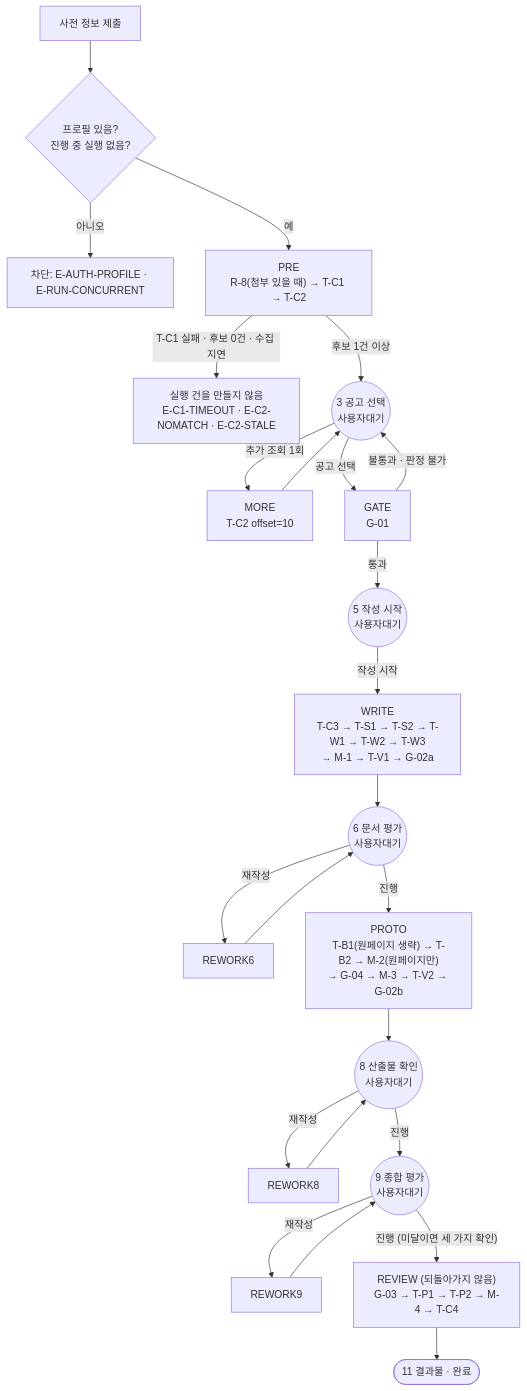
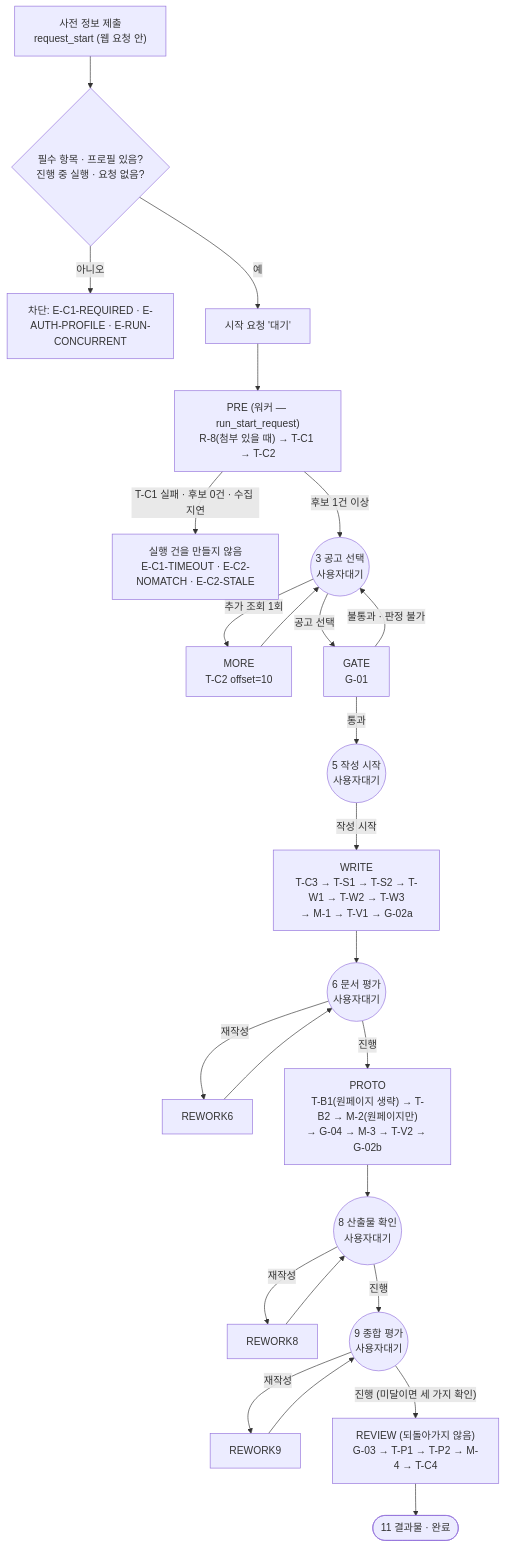
One commit to SKNETWORKS-FAMILY-AICAMP/SKN32-FINAL-1TEAM changed the first of 2 diagrams in agent-orchestration/docs/Orchestrator_구조와_흐름.md. Above: the diagram before and after it, drawn with Mermaid. The commit also changed other lines of this file and 61 other files, not shown here.

````diff
--- a/agent-orchestration/docs/Orchestrator_구조와_흐름.md
+++ b/agent-orchestration/docs/Orchestrator_구조와_흐름.md
@@ -56,22 +63,22 @@
 ```mermaid
 flowchart TD
-  S[사전 정보 제출] --> C{프로필 있음?<br>진행 중 실행 없음?}
-  C -- 아니오 --> B[차단: E-AUTH-PROFILE · E-RUN-CONCURRENT]
-  C -- 예 --> PRE["PRE<br>R-8(첨부 있을 때) → T-C1 → T-C2"]
+  S["사전 정보 제출<br>request_start (웹 요청 안)"] --> C{필수 항목 · 프로필 있음?<br>진행 중 실행 · 요청 없음?}
+  C -- 아니오 --> B[차단: E-C1-REQUIRED · E-AUTH-PROFILE · E-RUN-CONCURRENT]
+  C -- 예 --> Q["시작 요청 '대기'"] --> PRE["PRE (워커 — run_start_request)<br>R-8(첨부 있을 때) → T-C1 → T-C2"]
   PRE -- "T-C1 실패 · 후보 0건 · 수집 지연" --> N[실행 건을 만들지 않음<br>E-C1-TIMEOUT · E-C2-NOMATCH · E-C2-STALE]
   PRE -- 후보 1건 이상 --> W3(("3 공고 선택<br>사용자대기"))
   W3 -- 추가 조회 1회 --> MORE["MORE<br>T-C2 offset=10"] --> W3
   W3 -- 공고 선택 --> GATE["GATE<br>G-01"]
   GATE -- 불통과 · 판정 불가 --> W3
   GATE -- 통과 --> W5(("5 작성 시작<br>사용자대기"))
   W5 -- 작성 시작 --> WRITE["WRITE<br>T-C3 → T-S1 → T-S2 → T-W1 → T-W2 → T-W3<br>→ M-1 → T-V1 → G-02a"]
   WRITE --> W6(("6 문서 평가<br>사용자대기"))
   W6 -- 재작성 --> R6[REWORK6] --> W6
   W6 -- 진행 --> PROTO["PROTO<br>T-B1(원페이지 생략) → T-B2 → M-2(원페이지만)<br>→ G-04 → M-3 → T-V2 → G-02b"]
   PROTO --> W8(("8 산출물 확인<br>사용자대기"))
   W8 -- 재작성 --> R8[REWORK8] --> W8
   W8 -- 진행 --> W9(("9 종합 평가<br>사용자대기"))
   W9 -- 재작성 --> R9[REWORK9] --> W9
   W9 -- "진행 (미달이면 세 가지 확인)" --> REVIEW["REVIEW (되돌아가지 않음)<br>G-03 → T-P1 → T-P2 → M-4 → T-C4"]
   REVIEW --> D(["11 결과물 · 완료"])
 ```
````
